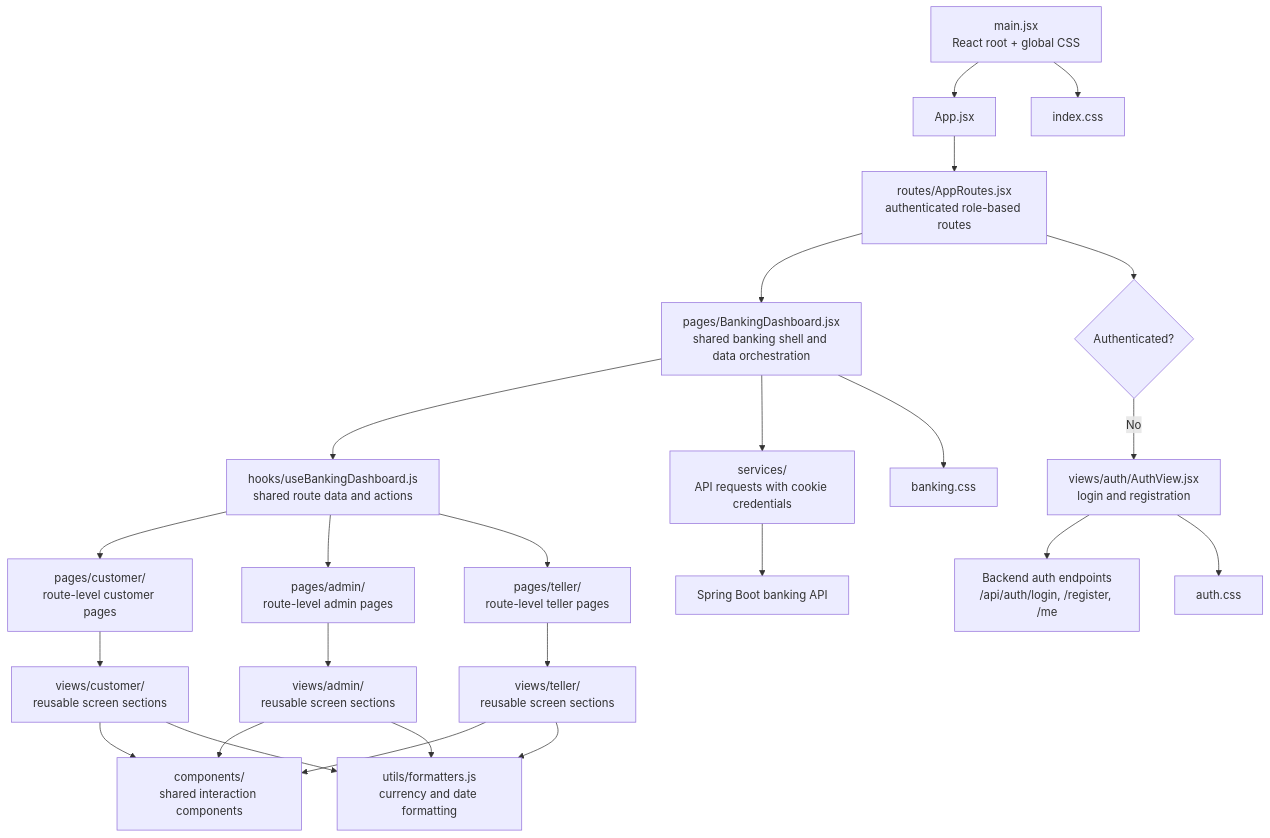
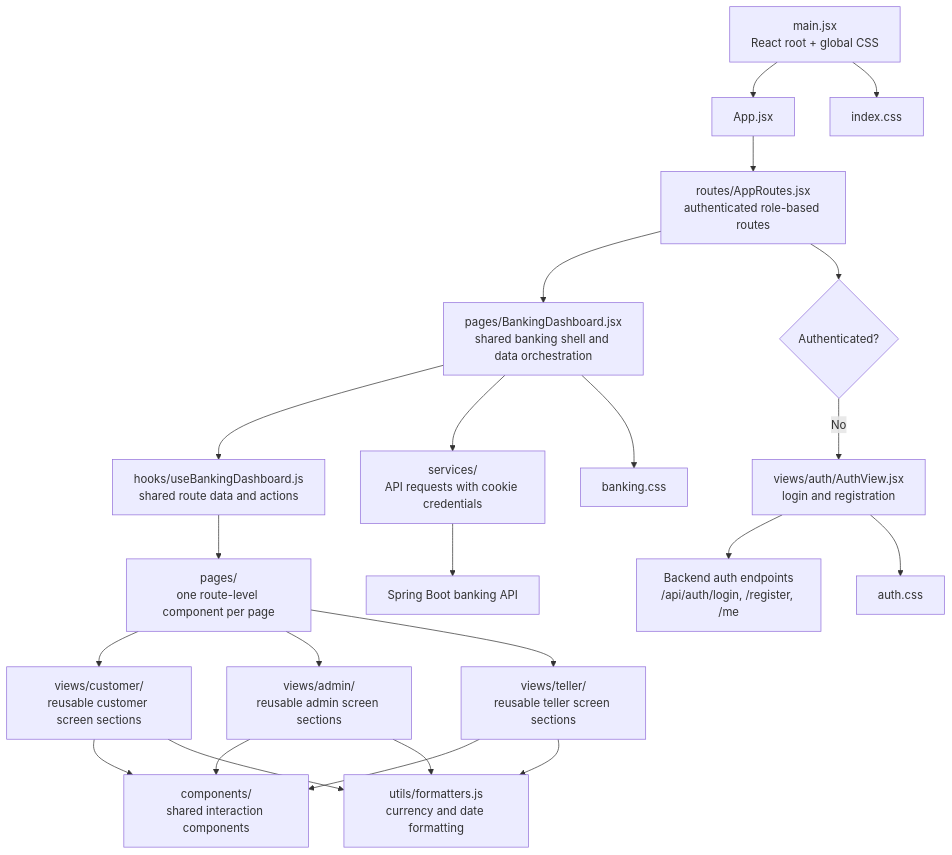
The diagram in frontend/ARCHITECTURE.md (AbhishekTaware3142/Banking-Management-system), drawn with Mermaid before and after one commit. The commit also changed other lines of this file and 15 other files, not shown here.

````diff
--- a/frontend/ARCHITECTURE.md
+++ b/frontend/ARCHITECTURE.md
@@ -3,32 +3,30 @@
 ```mermaid
 flowchart TD
     Entry[main.jsx<br/>React root + global CSS] --> App[App.jsx]
     App --> Routes[routes/AppRoutes.jsx<br/>authenticated role-based routes]
     Routes --> Shell[pages/BankingDashboard.jsx<br/>shared banking shell and data orchestration]
 
     Routes --> Auth{Authenticated?}
     Auth -- No --> Login[views/auth/AuthView.jsx<br/>login and registration]
     Login --> AuthAPI[Backend auth endpoints<br/>/api/auth/login, /register, /me]
 
     Shell --> Context[hooks/useBankingDashboard.js<br/>shared route data and actions]
-    Context --> Customer[pages/customer/<br/>route-level customer pages]
-    Context --> Admin[pages/admin/<br/>route-level admin pages]
-    Context --> Teller[pages/teller/<br/>route-level teller pages]
+    Context --> Pages[pages/<br/>one route-level component per page]
 
-    Customer --> CustomerViews[views/customer/<br/>reusable screen sections]
-    Admin --> AdminViews[views/admin/<br/>reusable screen sections]
-    Teller --> TellerViews[views/teller/<br/>reusable screen sections]
+    Pages --> CustomerViews[views/customer/<br/>reusable customer screen sections]
+    Pages --> AdminViews[views/admin/<br/>reusable admin screen sections]
+    Pages --> TellerViews[views/teller/<br/>reusable teller screen sections]
     CustomerViews --> SharedComponents[components/<br/>shared interaction components]
     AdminViews --> SharedComponents
     TellerViews --> SharedComponents
 
     Shell --> Services[services/<br/>API requests with cookie credentials]
     Services --> BankingAPI[Spring Boot banking API]
     CustomerViews --> Format[utils/formatters.js<br/>currency and date formatting]
     AdminViews --> Format
     TellerViews --> Format
 
     Shell --> Styles[banking.css]
     Login --> AuthStyles[auth.css]
     Entry --> GlobalStyles[index.css]
 ```
````
